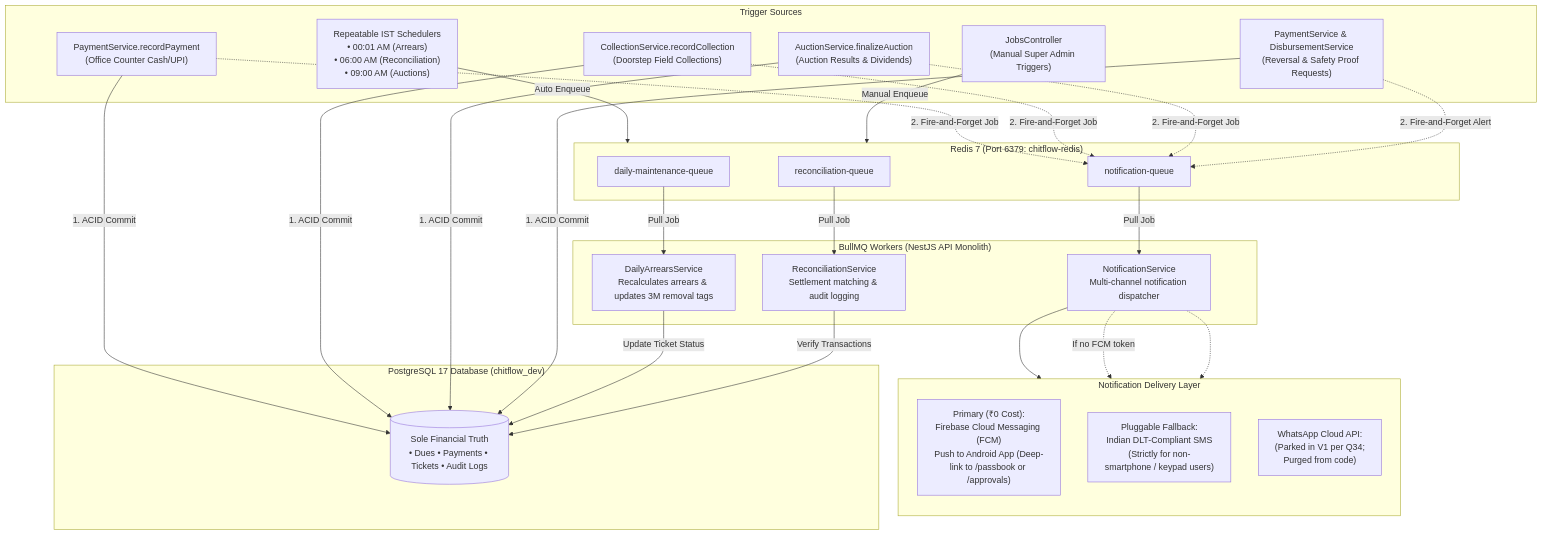
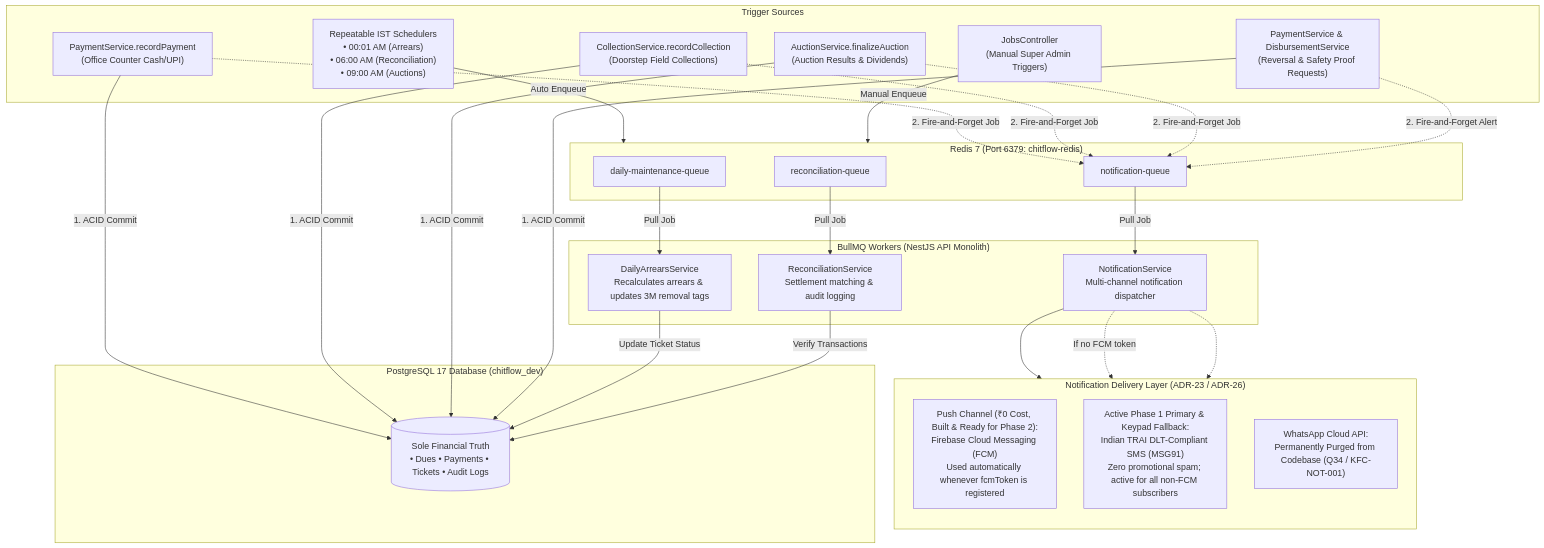
The first of 2 diagrams in docs/03-architecture/bullmq-architecture.md (Kathir-24/Kumaran-finance), drawn with Mermaid before and after one commit. The commit also changed other lines of this file and 4 other files, not shown here.

````diff
--- a/docs/03-architecture/bullmq-architecture.md
+++ b/docs/03-architecture/bullmq-architecture.md
@@ -29,55 +29,55 @@
 ```mermaid
 flowchart TD
     subgraph TRIGGERS ["Trigger Sources"]
         Cron["Repeatable IST Schedulers\n• 00:01 AM (Arrears)\n• 06:00 AM (Reconciliation)\n• 09:00 AM (Auctions)"]
         CounterPay["PaymentService.recordPayment\n(Office Counter Cash/UPI)"]
         FieldPay["CollectionService.recordCollection\n(Doorstep Field Collections)"]
         AuctionFinalize["AuctionService.finalizeAuction\n(Auction Results & Dividends)"]
         Approvals["PaymentService & DisbursementService\n(Reversal & Safety Proof Requests)"]
         AdminAPI["JobsController\n(Manual Super Admin Triggers)"]
     end
 
     subgraph REDIS_BROKER ["Redis 7 (Port 6379: chitflow-redis)"]
         Q1["daily-maintenance-queue"]
         Q2["reconciliation-queue"]
         Q3["notification-queue"]
     end
 
     subgraph WORKERS ["BullMQ Workers (NestJS API Monolith)"]
         W1["DailyArrearsService\nRecalculates arrears & updates 3M removal tags"]
         W2["ReconciliationService\nSettlement matching & audit logging"]
         W3["NotificationService\nMulti-channel notification dispatcher"]
     end
 
-    subgraph CHANNELS ["Notification Delivery Layer"]
+    subgraph CHANNELS ["Notification Delivery Layer (ADR-23 / ADR-26)"]
         direction TB
-        FCM["Primary (₹0 Cost):\nFirebase Cloud Messaging (FCM)\nPush to Android App (Deep-link to /passbook or /approvals)"]
-        SMS["Pluggable Fallback:\nIndian DLT-Compliant SMS\n(Strictly for non-smartphone / keypad users)"]
-        WA["WhatsApp Cloud API:\n(Parked in V1 per Q34;\nPurged from code)"]
+        FCM["Push Channel (₹0 Cost, Built & Ready for Phase 2):\nFirebase Cloud Messaging (FCM)\nUsed automatically whenever fcmToken is registered"]
+        SMS["Active Phase 1 Primary & Keypad Fallback:\nIndian TRAI DLT-Compliant SMS (MSG91)\nZero promotional spam; active for all non-FCM subscribers"]
+        WA["WhatsApp Cloud API:\nPermanently Purged from Codebase (Q34 / KFC-NOT-001)"]
     end
 
     subgraph PG_AUTHORITY ["PostgreSQL 17 Database (chitflow_dev)"]
         PG[("Sole Financial Truth\n• Dues • Payments • Tickets • Audit Logs")]
     end
 
     Cron -->|Auto Enqueue| REDIS_BROKER
     CounterPay -->|1. ACID Commit| PG
     CounterPay -.->|2. Fire-and-Forget Job| Q3
     FieldPay -->|1. ACID Commit| PG
     FieldPay -.->|2. Fire-and-Forget Job| Q3
     AuctionFinalize -->|1. ACID Commit| PG
     AuctionFinalize -.->|2. Fire-and-Forget Job| Q3
     Approvals -->|1. ACID Commit| PG
     Approvals -.->|2. Fire-and-Forget Alert| Q3
     AdminAPI -->|Manual Enqueue| REDIS_BROKER
 
     Q1 -->|Pull Job| W1
     Q2 -->|Pull Job| W2
     Q3 -->|Pull Job| W3
 
     W1 -->|Update Ticket Status| PG
     W2 -->|Verify Transactions| PG
     W3 --> FCM
     W3 -.->|If no FCM token| SMS
     W3 -.-> WA
 ```
````
